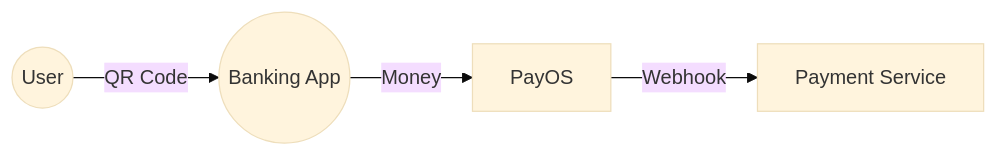
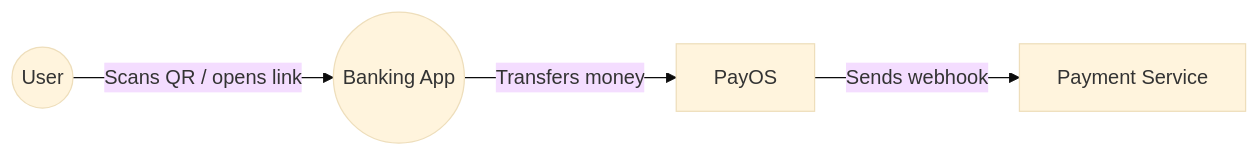
Diagram 12 of 28 in doc/UML/Phuoc_PaymentCheckin.md (SDN-Group5/Event-Ticketing-Platform), drawn with Mermaid (base theme) before and after one commit. The commit also changed other lines of this file and 19 other files, not shown here.

````diff
--- a/doc/UML/Phuoc_PaymentCheckin.md
+++ b/doc/UML/Phuoc_PaymentCheckin.md
@@ -154,6 +192,6 @@
 ```mermaid
 graph LR
-    U((User)) -- QR Code --> Bank((Banking App))
-    Bank -- Money --> OS[PayOS]
-    OS -- Webhook --> P[Payment Service]
+    U((User)) -- Scans QR / opens link --> Bank((Banking App))
+    Bank -- Transfers money --> OS[PayOS]
+    OS -- Sends webhook --> P[Payment Service]
 ```
````
